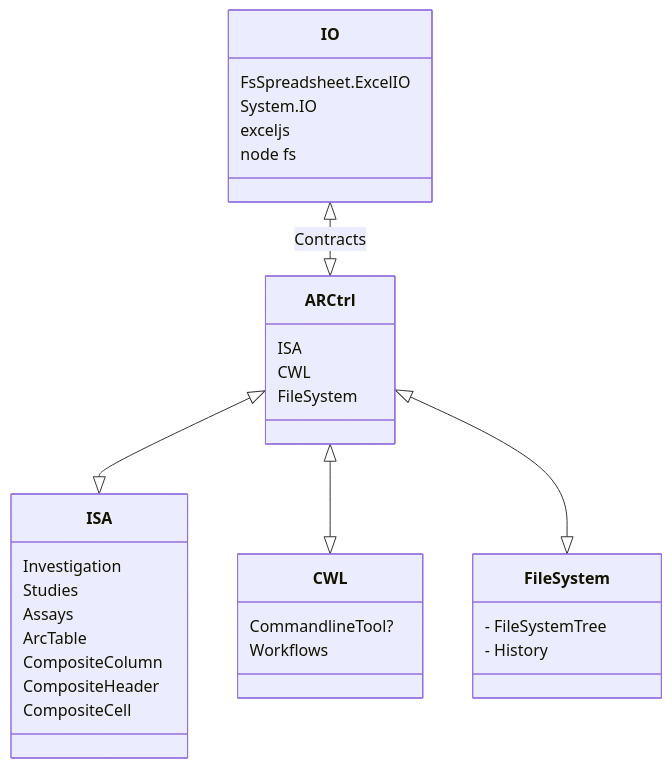
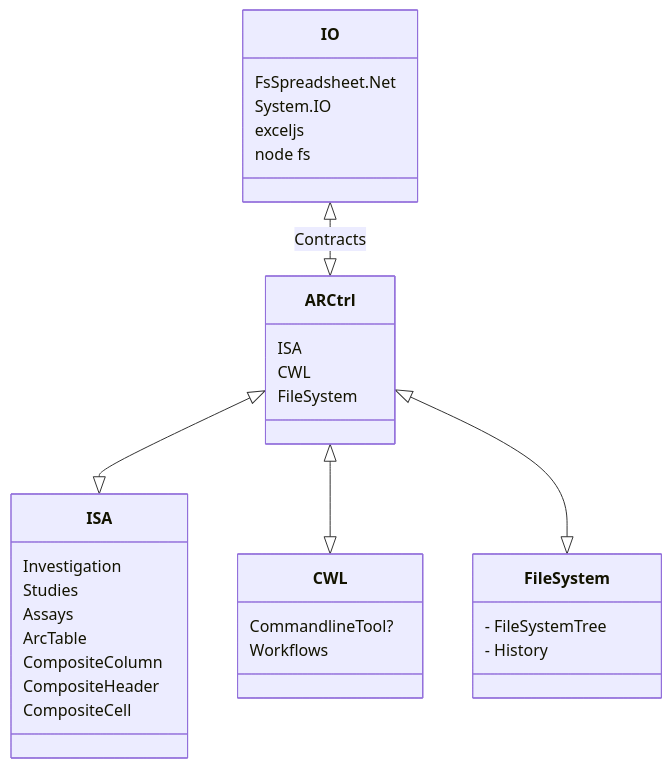
One commit to nfdi4plants/ARCtrl changed the seventh of 7 diagrams in docs/DesignPrinciples.md. Above: the diagram before and after it, drawn with Mermaid. The commit also changed other lines of this file and 15 other files, not shown here.

````diff
--- a/docs/DesignPrinciples.md
+++ b/docs/DesignPrinciples.md
@@ -516,37 +516,37 @@
 ```mermaid
 classDiagram 
 
 class arc["ARCtrl"] {
     ISA
     CWL
     FileSystem
 }
 class isa["ISA"] {
     Investigation
     Studies
     Assays
     ArcTable
     CompositeColumn
     CompositeHeader
     CompositeCell
 }
 class file ["FileSystem"] {
     - FileSystemTree
     - History
 }
 class cwl["CWL"] {
     CommandlineTool?
     Workflows
 }
 class io["IO"] {
-    FsSpreadsheet.ExcelIO
+    FsSpreadsheet.Net
     System.IO
     exceljs
     node fs
 }
 io <|--|> arc : Contracts
 arc <|--|> isa
 arc <|--|> cwl
 arc <|--|> file
 
 ```
````
